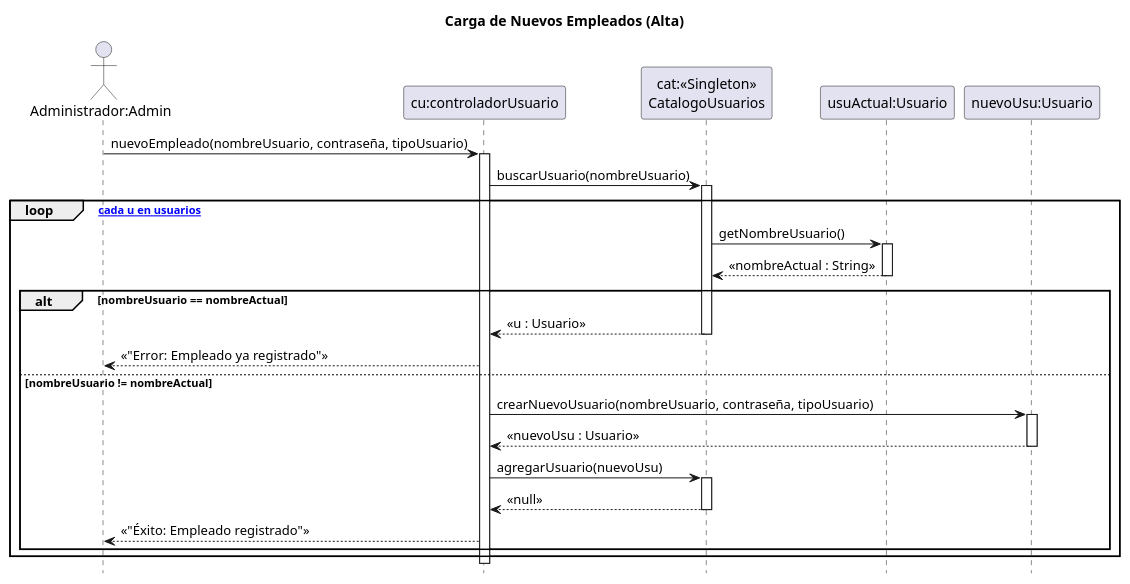
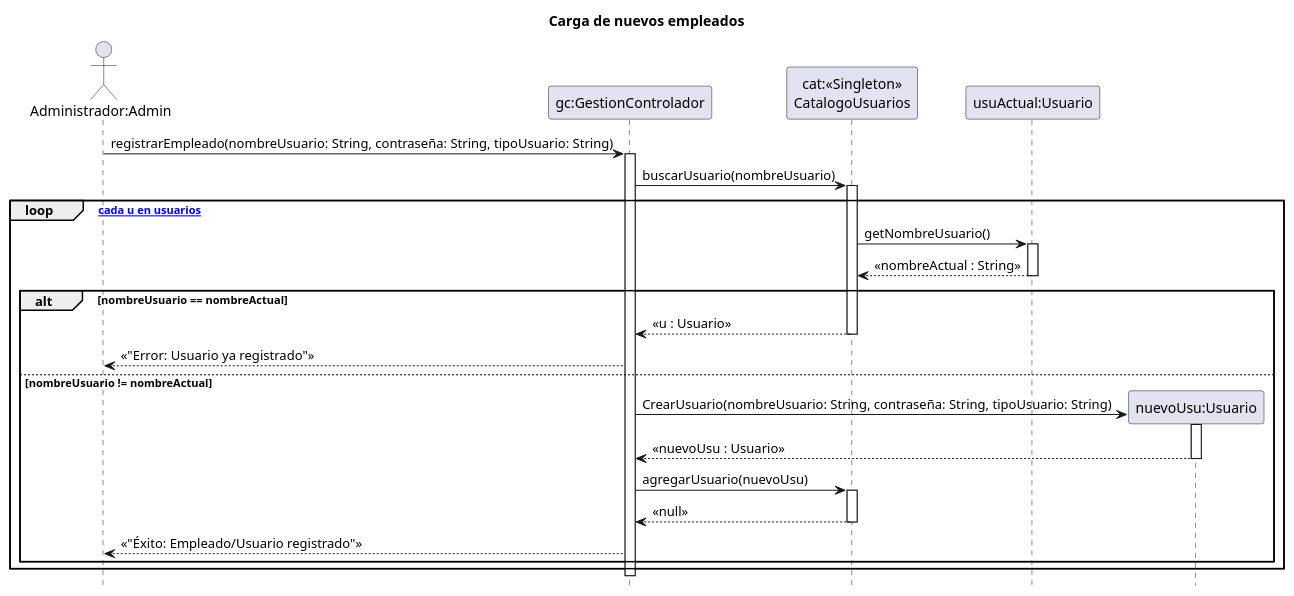
One commit to zEzequR/PF-I changed the diagram in 08 - Diagramas de Secuencia de Diseño/CargaEmpleados/CargaEmpleados.puml. Above: the diagram before and after it, drawn with PlantUML. The commit also changed 9 other files, not shown here.

Commit message:
Diagramas de Carga

```diff
--- a/08 - Diagramas de Secuencia de Diseño/CargaEmpleados/CargaEmpleados.puml
+++ b/08 - Diagramas de Secuencia de Diseño/CargaEmpleados/CargaEmpleados.puml
@@ -1,51 +1,47 @@
 @startuml
-title Carga de Nuevos Empleados (Alta)
+title Carga de nuevos empleados
 
 hide footbox
 
 actor "Administrador:Admin" as admin
-participant "cu:controladorUsuario" as ctrl
+participant "gc:GestionControlador" as ctrl
 participant "cat:<<Singleton>>\nCatalogoUsuarios" as cat
 participant "usuActual:Usuario" as usu_actual
-participant "nuevoUsu:Usuario" as nuevo_usu
 
-admin -> ctrl : nuevoEmpleado(nombreUsuario, contraseña, tipoUsuario)
+admin -> ctrl : registrarEmpleado(nombreUsuario: String, contraseña: String, tipoUsuario: String)
 activate ctrl
 
 ctrl -> cat : buscarUsuario(nombreUsuario)
 activate cat
 
 loop [para cada u en usuarios]
     cat -> usu_actual : getNombreUsuario()
     activate usu_actual
     usu_actual --> cat : << nombreActual : String >>
     deactivate usu_actual
     
     alt nombreUsuario == nombreActual
         cat --> ctrl : << u : Usuario >>
         deactivate cat
-        
-        ctrl --> admin : << "Error: Empleado ya registrado" >>
+        ctrl --> admin : << "Error: Usuario ya registrado" >>
 
     else nombreUsuario != nombreActual
-
         deactivate cat
         
-        ctrl -> nuevo_usu : crearNuevoUsuario(nombreUsuario, contraseña, tipoUsuario)
+        create participant "nuevoUsu:Usuario" as nuevo_usu
+        ctrl -> nuevo_usu : CrearUsuario(nombreUsuario: String, contraseña: String, tipoUsuario: String)
         activate nuevo_usu
         nuevo_usu --> ctrl : << nuevoUsu : Usuario >>
         deactivate nuevo_usu
 
         ctrl -> cat : agregarUsuario(nuevoUsu)
         activate cat
-        
         cat --> ctrl : << null >>
         deactivate cat
         
-        ctrl --> admin : << "Éxito: Empleado registrado" >>
-        
+        ctrl --> admin : << "Éxito: Empleado/Usuario registrado" >>
     end
 end
 
 deactivate ctrl
 @enduml
```
